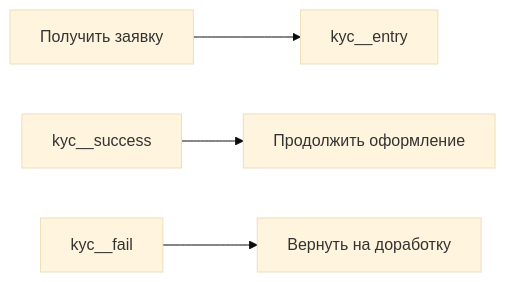
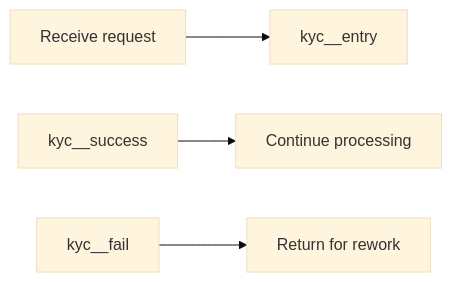
Before and after one commit to bnku/mdmm: the first of 2 diagrams in examples/docs/fragment-include.md, drawn with Mermaid (base theme). The commit also changed other lines of this file and 20 other files, not shown here.

First line of the commit message:
refactor(core): rename whole-diagram to diagram terminology

````diff
--- a/examples/docs/fragment-include.md
+++ b/examples/docs/fragment-include.md
@@ -5,7 +5,7 @@
 ```mermaid
 flowchart LR
-Start[Получить заявку] --> kyc__entry
+Start[Receive request] --> kyc__entry
 %% include: verification-fragment.fragment as kyc
-kyc__success --> Offer[Продолжить оформление]
-kyc__fail --> Rework[Вернуть на доработку]
+kyc__success --> Offer[Continue processing]
+kyc__fail --> Rework[Return for rework]
 ```
````
